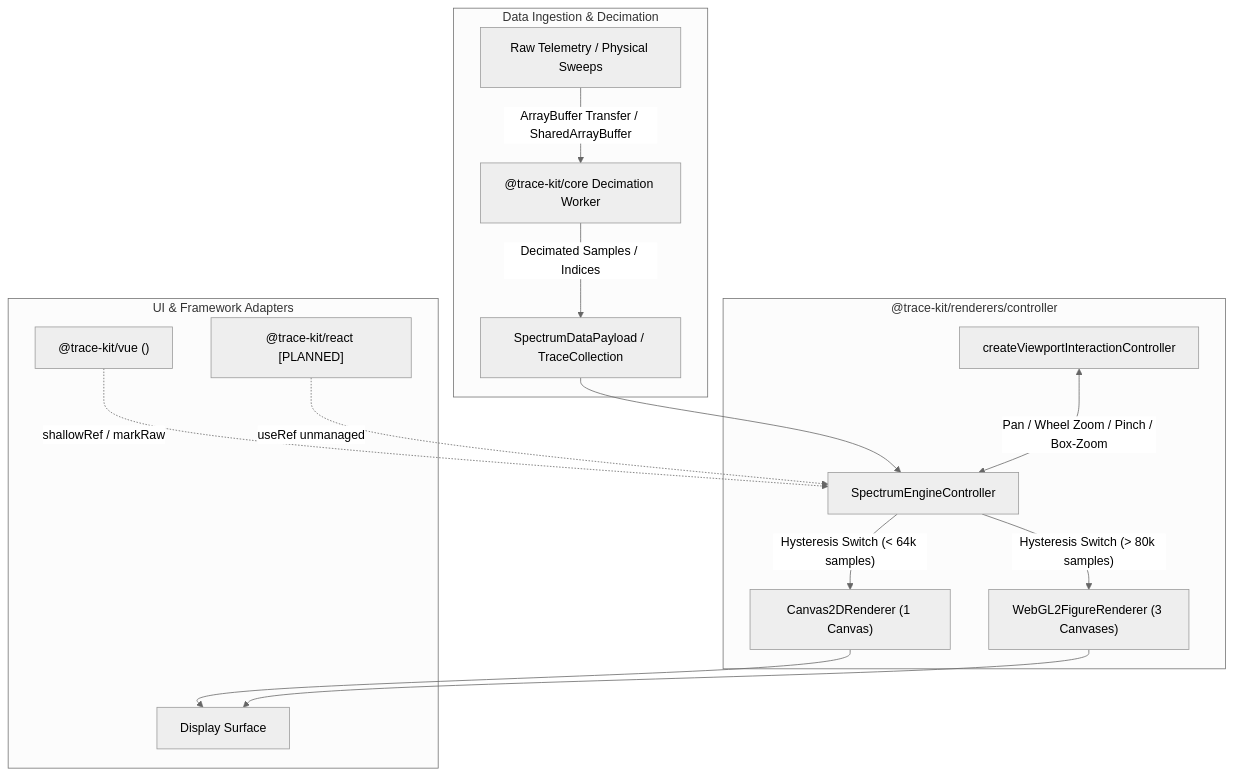
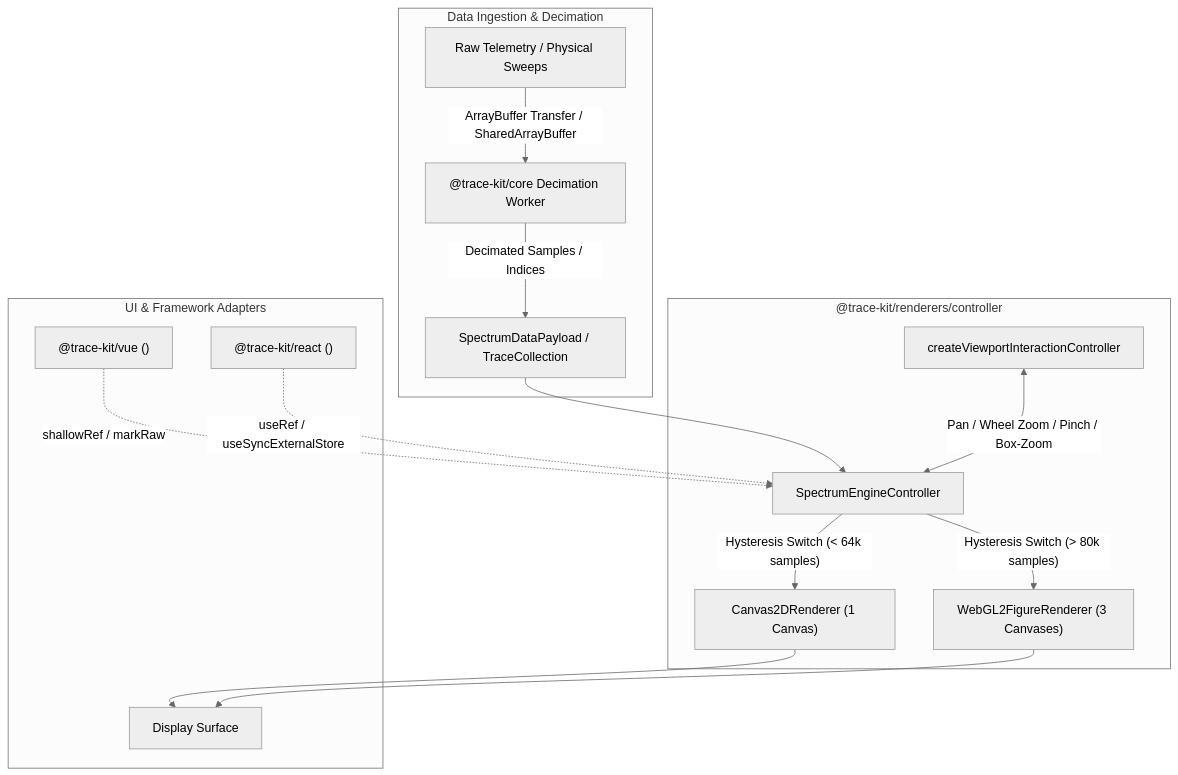
One commit to nelomr/trace-kit changed the diagram in README.md. Above: the diagram before and after it, drawn with Mermaid (neutral theme). The commit also changed other lines of this file and 35 other files, not shown here.

Commit message:
feat(react): implement @trace-kit/react unmanaged-canvas React 18/19 adapter (Step 11)

````diff
--- a/README.md
+++ b/README.md
@@ -120,21 +124,21 @@
 ```mermaid
 flowchart TD
     subgraph Data Layer ["Data Ingestion & Decimation"]
         DS["Raw Telemetry / Physical Sweeps"] -->|"ArrayBuffer Transfer / SharedArrayBuffer"| CoreWorker["@trace-kit/core Decimation Worker"]
         CoreWorker -->|"Decimated Samples / Indices"| Payload["SpectrumDataPayload / TraceCollection"]
     end
 
     subgraph Controller Layer ["@trace-kit/renderers/controller"]
         Payload --> EngineCtrl["SpectrumEngineController"]
         Interact["createViewportInteractionController"] <-->|"Pan / Wheel Zoom / Pinch / Box-Zoom"| EngineCtrl
         EngineCtrl -->|"Hysteresis Switch (< 64k samples)"| CanvasEngine["Canvas2DRenderer (1 Canvas)"]
         EngineCtrl -->|"Hysteresis Switch (> 80k samples)"| WebGLEngine["WebGL2FigureRenderer (3 Canvases)"]
     end
 
     subgraph Presentation Layer ["UI & Framework Adapters"]
         CanvasEngine --> Viewport["Display Surface"]
         WebGLEngine --> Viewport
         VueAdapter["@trace-kit/vue (<TraceSpectrumViewer>)"] -.->|"shallowRef / markRaw"| EngineCtrl
-        ReactAdapter["@trace-kit/react [PLANNED]"] -.->|"useRef unmanaged"| EngineCtrl
+        ReactAdapter["@trace-kit/react (<TraceSpectrumViewer>)"] -.->|"useRef / useSyncExternalStore"| EngineCtrl
     end
 ```
````
